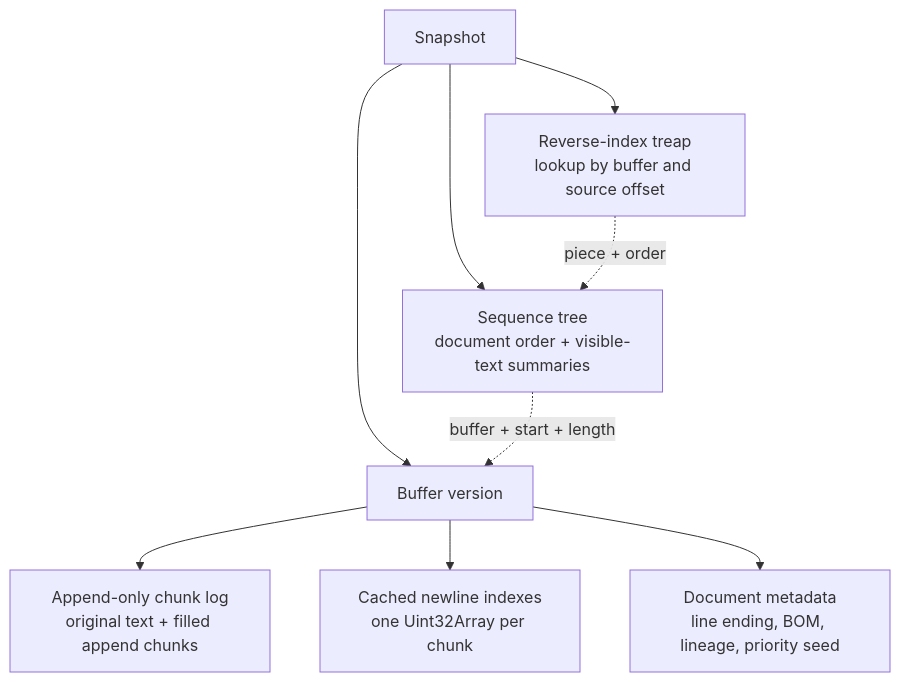
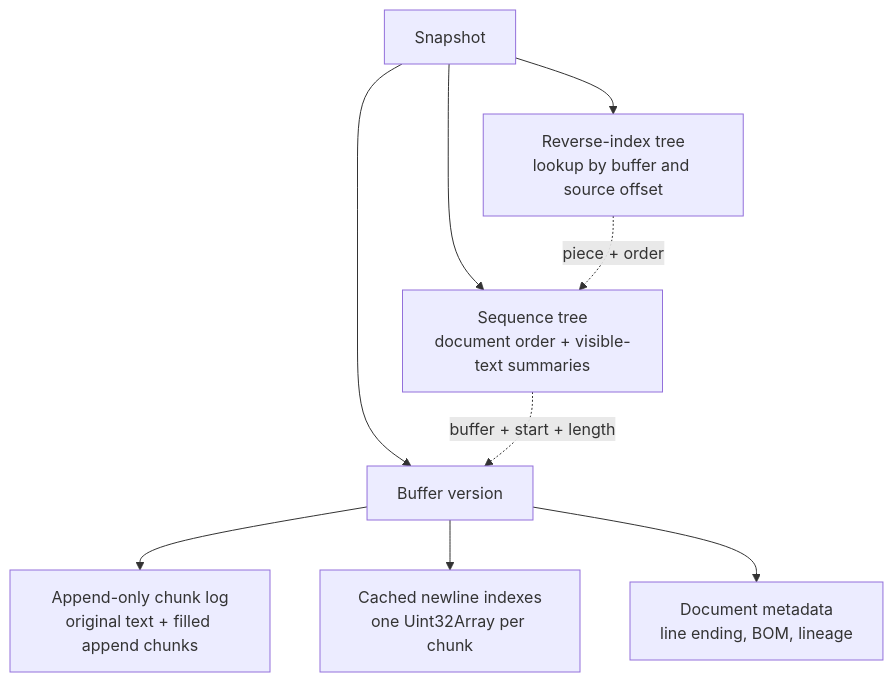
The first of 3 diagrams in packages/textbuffer/README.md (ShaulLavo/singapore), drawn with Mermaid before and after one commit. The commit also changed other lines of this file and 32 other files, not shown here.

````diff
--- a/packages/textbuffer/README.md
+++ b/packages/textbuffer/README.md
@@ -33,11 +33,11 @@
 ```mermaid
 flowchart TD
   S["Snapshot"] --> T["Sequence tree<br/>document order + visible-text summaries"]
-  S --> R["Reverse-index treap<br/>lookup by buffer and source offset"]
+  S --> R["Reverse-index tree<br/>lookup by buffer and source offset"]
   S --> B["Buffer version"]
   R -. "piece + order" .-> T
   T -. "buffer + start + length" .-> B
   B --> C["Append-only chunk log<br/>original text + filled append chunks"]
   B --> L["Cached newline indexes<br/>one Uint32Array per chunk"]
-  B --> M["Document metadata<br/>line ending, BOM, lineage, priority seed"]
+  B --> M["Document metadata<br/>line ending, BOM, lineage"]
 ```
````
